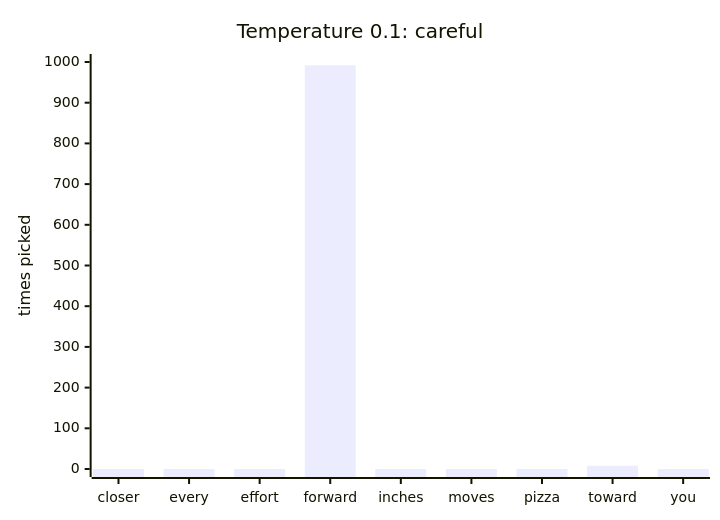
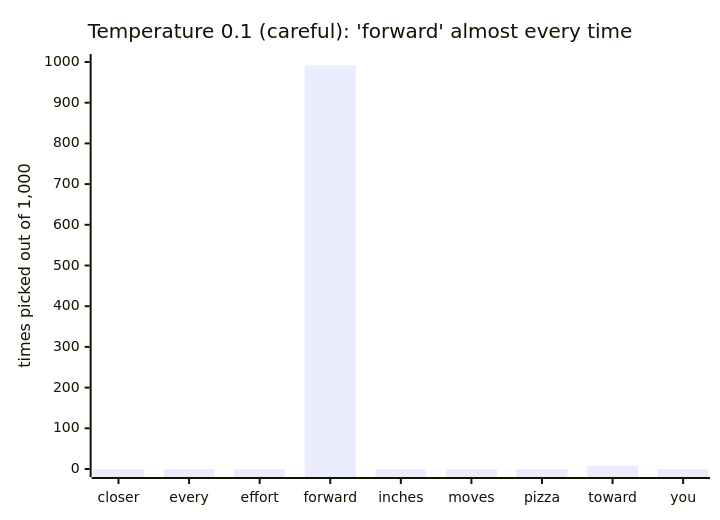
One commit to Ranjeet0611/tinygpt changed the sixth of 12 diagrams in docs/07-generating-text.md. Above: the diagram before and after it, drawn with Mermaid. The commit also changed other lines of this file and 9 other files, not shown here.

````diff
--- a/docs/07-generating-text.md
+++ b/docs/07-generating-text.md
@@ -56,7 +108,7 @@
 ```mermaid
 xychart-beta
-    title "Temperature 0.1: careful"
+    title "Temperature 0.1 (careful): 'forward' almost every time"
     x-axis [closer, every, effort, forward, inches, moves, pizza, toward, you]
-    y-axis "times picked" 0 --> 1000
+    y-axis "times picked out of 1,000" 0 --> 1000
     bar [0, 0, 0, 992, 0, 0, 0, 8, 0]
 ```
````
